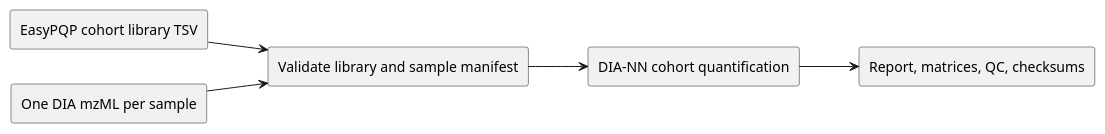
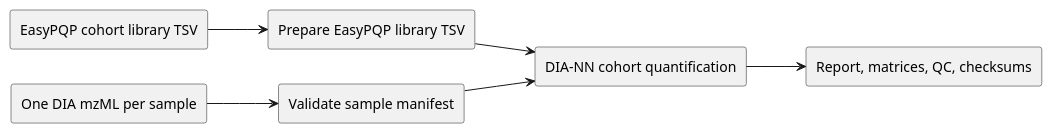
The diagram in docs/pipeline-flow.puml (TheBoutrosLab/pipeline-quantitate-ProteomicDIA), drawn with PlantUML before and after one commit. The commit also changed 10 other files, not shown here.

Commit message:
Prepare EasyPQP fragment annotations for DIA-NN quantification.

```diff
--- a/docs/pipeline-flow.puml
+++ b/docs/pipeline-flow.puml
@@ -1,12 +1,14 @@
 @startuml
 left to right direction
 rectangle "EasyPQP cohort library TSV" as library
 rectangle "One DIA mzML per sample" as samples
-rectangle "Validate library and sample manifest" as validate
+rectangle "Prepare EasyPQP library TSV" as prepare
+rectangle "Validate sample manifest" as validate
 rectangle "DIA-NN cohort quantification" as diann
 rectangle "Report, matrices, QC, checksums" as results
-library --> validate
+library --> prepare
 samples --> validate
+prepare --> diann
 validate --> diann
 diann --> results
 @enduml
```
